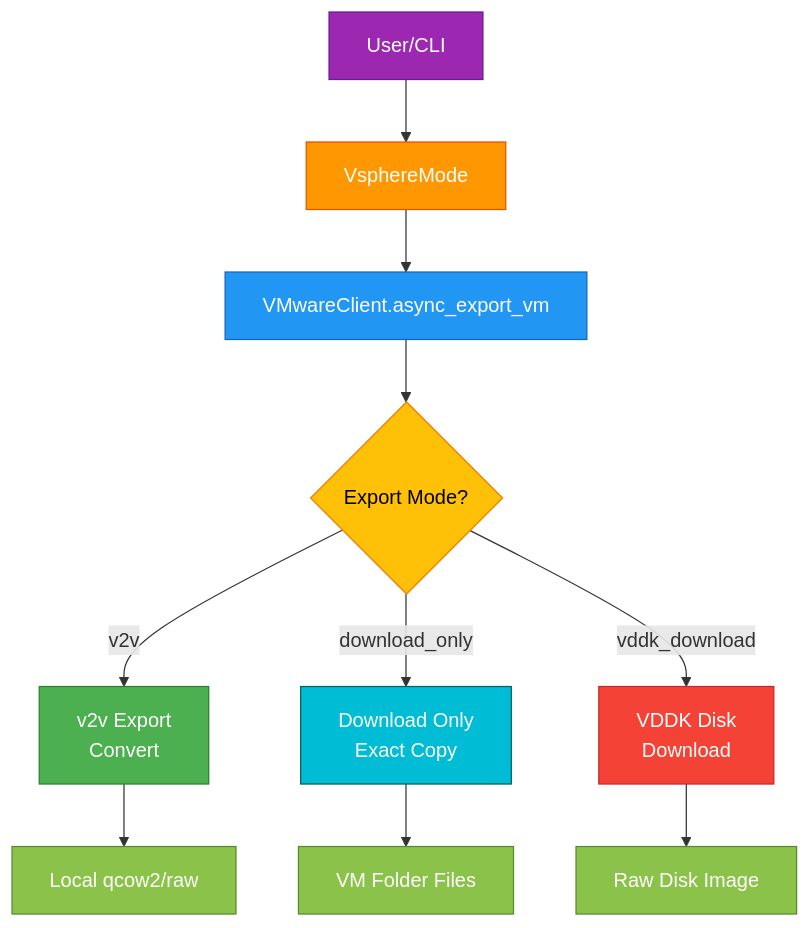
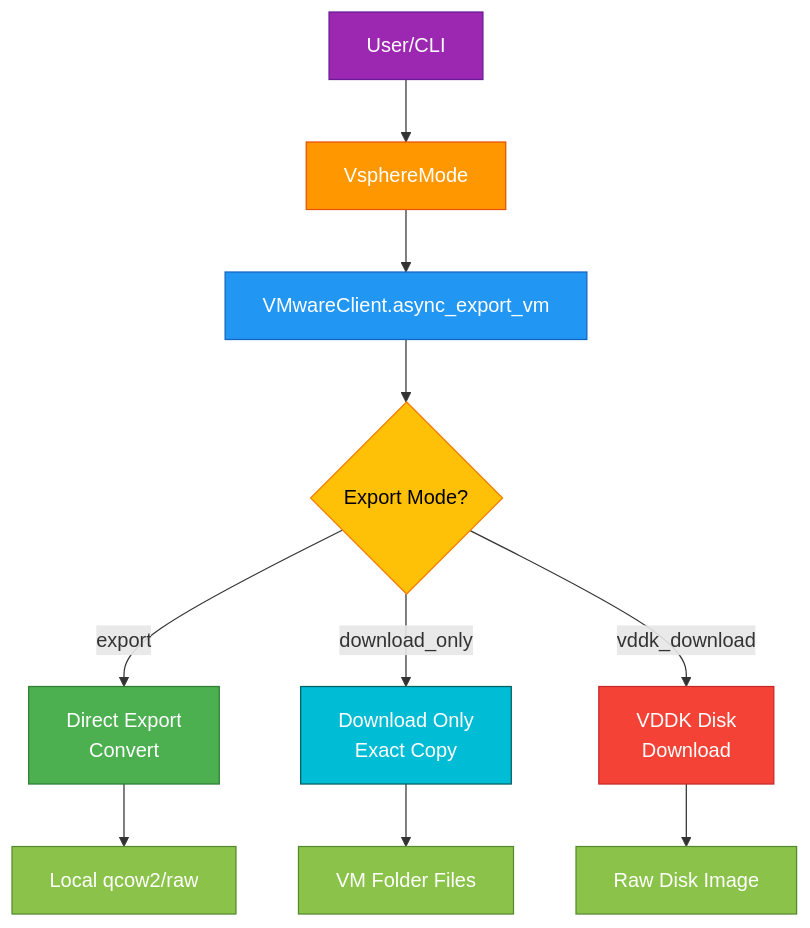
The third of 3 diagrams in docs/07-vSphere-Design.md (ssahani/hyper2kvm), drawn with Mermaid before and after one commit. The commit also changed other lines of this file and 33 other files, not shown here.

````diff
--- a/docs/07-vSphere-Design.md
+++ b/docs/07-vSphere-Design.md
@@ -191,25 +191,25 @@
 ```mermaid
 flowchart TD
     User[User/CLI] --> VsphereMode[VsphereMode]
     VsphereMode --> AsyncExport[VMwareClient.async_export_vm]
     AsyncExport --> ModeCheck{Export Mode?}
 
-    ModeCheck -->|v2v| V2VExport[v2v Export<br/>Convert]
+    ModeCheck -->|export| ExportMode[Direct Export<br/>Convert]
     ModeCheck -->|download_only| DownloadOnly[Download Only<br/>Exact Copy]
     ModeCheck -->|vddk_download| VDDKDownload[VDDK Disk<br/>Download]
 
-    V2VExport --> Output1[Local qcow2/raw]
+    ExportMode --> Output1[Local qcow2/raw]
     DownloadOnly --> Output2[VM Folder Files]
     VDDKDownload --> Output3[Raw Disk Image]
 
     style User fill:#9C27B0,stroke:#6A1B9A,color:#fff
     style VsphereMode fill:#FF9800,stroke:#E65100,color:#fff
     style AsyncExport fill:#2196F3,stroke:#1565C0,color:#fff
     style ModeCheck fill:#FFC107,stroke:#F57C00,color:#000
-    style V2VExport fill:#4CAF50,stroke:#2E7D32,color:#fff
+    style ExportMode fill:#4CAF50,stroke:#2E7D32,color:#fff
     style DownloadOnly fill:#00BCD4,stroke:#006064,color:#fff
     style VDDKDownload fill:#F44336,stroke:#C62828,color:#fff
     style Output1 fill:#8BC34A,stroke:#558B2F,color:#fff
     style Output2 fill:#8BC34A,stroke:#558B2F,color:#fff
     style Output3 fill:#8BC34A,stroke:#558B2F,color:#fff
 ```
````
